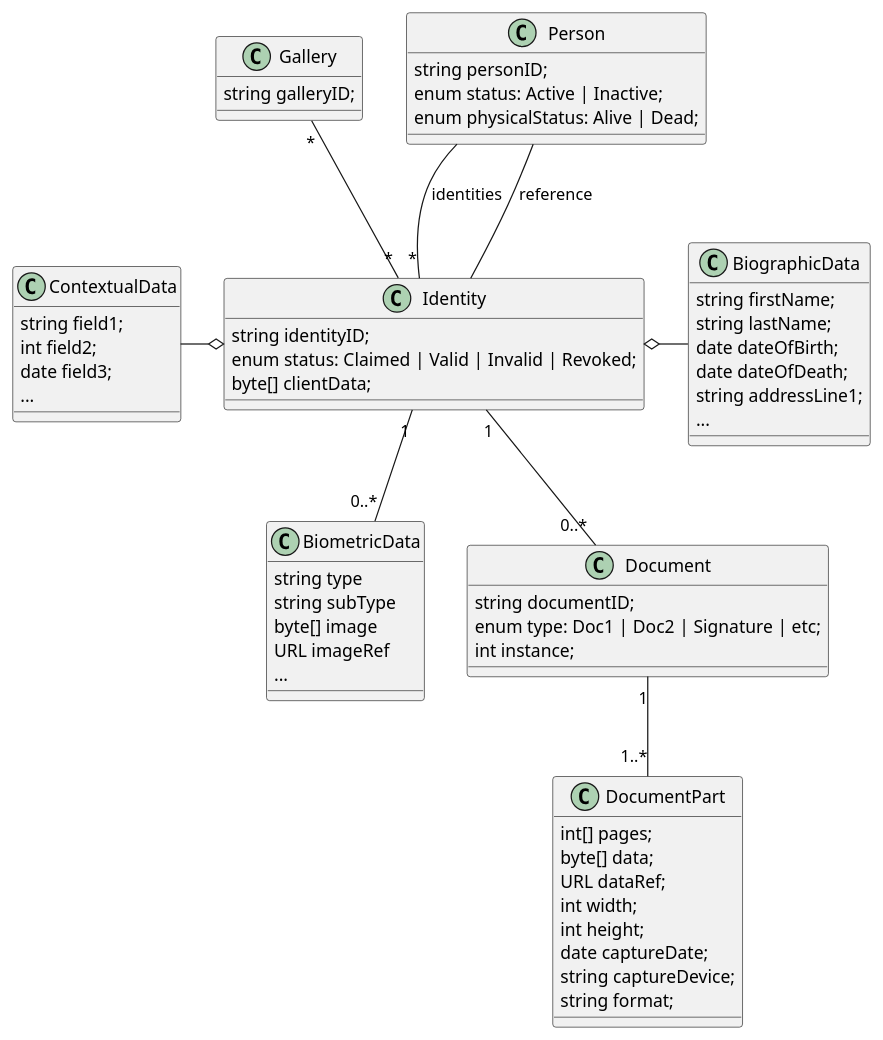
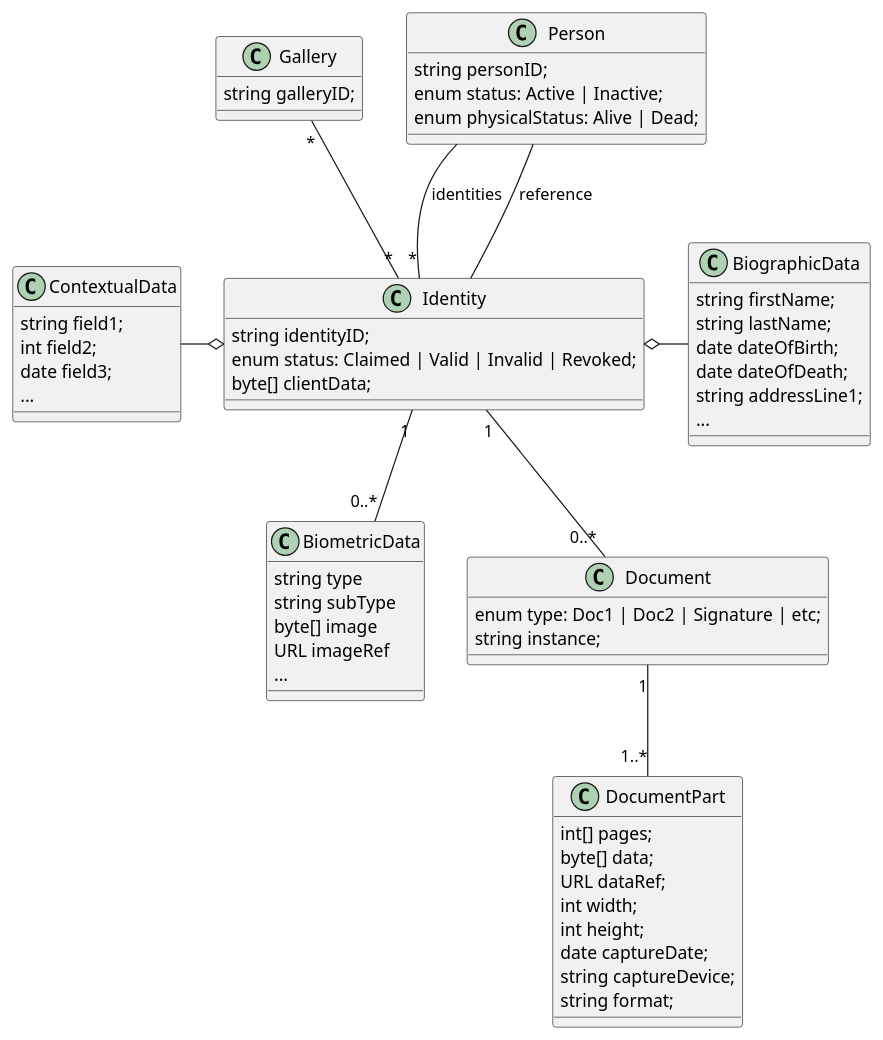
Before and after one commit to SecureIdentityAlliance/osia: the second of 2 diagrams in src/doc/functional/_pr.rst, drawn with PlantUML. The commit also changed 1 other file, not shown here.

Commit message:
Fix typo on types of attributes in PR interface

```diff
--- a/src/doc/functional/_pr.rst
+++ b/src/doc/functional/_pr.rst
@@ -271,72 +271,71 @@
 .. uml::
     :caption: Population Registry Data Model
     :scale: 50%
 
     class Gallery {
         string galleryID;
     }
 
     class Person {
         string personID;
         enum status: Active | Inactive;
         enum physicalStatus: Alive | Dead;
     }
 
     class Identity {
         string identityID;
         enum status: Claimed | Valid | Invalid | Revoked;
         byte[] clientData;
     }
 
     Gallery "*" -- "*" Identity
 
     Person -- "*" Identity: "identities"
     Person -- Identity: "reference"
 
     class BiographicData {
         string firstName;
         string lastName;
         date dateOfBirth;
         date dateOfDeath;
         string addressLine1;
         ...
     }
     Identity o- BiographicData
 
     class ContextualData {
         string field1;
         int field2;
         date field3;
         ...
     }
     ContextualData -o Identity
     
     class BiometricData {
     string type
     string subType
     byte[] image
     URL imageRef
     ...
     }
     Identity "1" -- "0..*" BiometricData
 
     class Document {
-      string documentID;
       enum type: Doc1 | Doc2 | Signature | etc;
-      int instance;
+      string instance;
     }
 
     class DocumentPart {
       int[] pages;
       byte[] data;
       URL dataRef;
       int width;
       int height;
       date captureDate;
       string captureDevice;
       string format;
     }
 
     Identity "1" -- "0..*" Document
 
     Document "1" -- "1..*" DocumentPart
```
